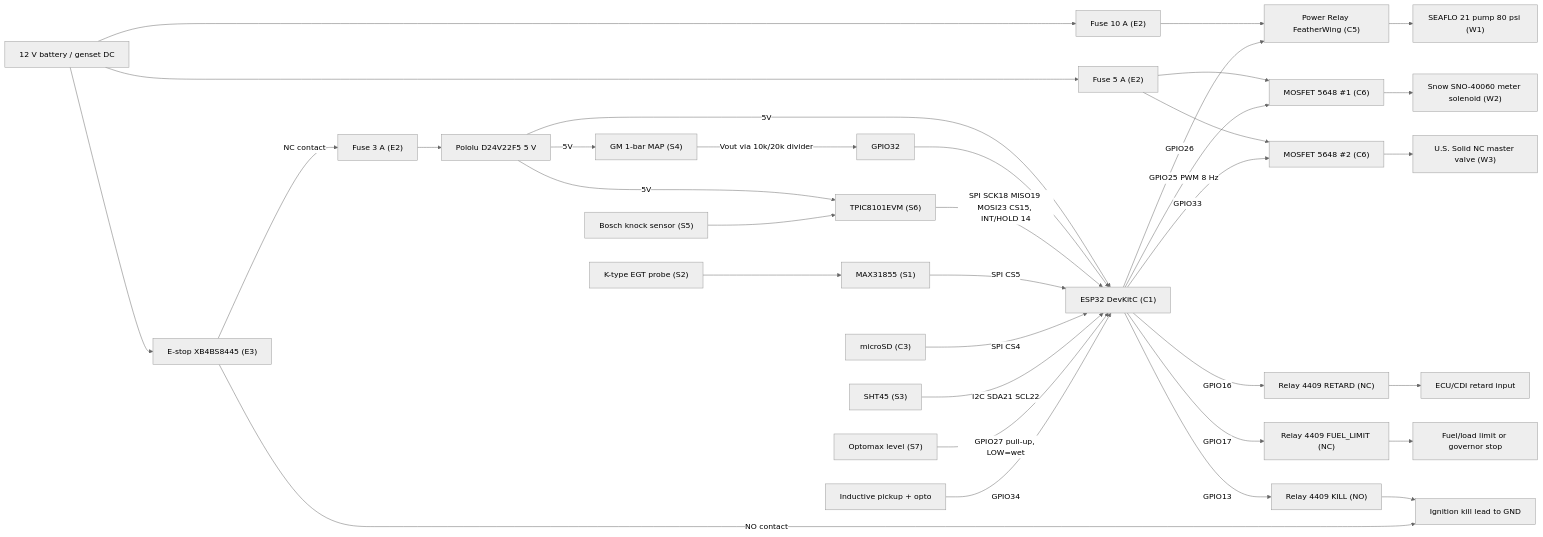
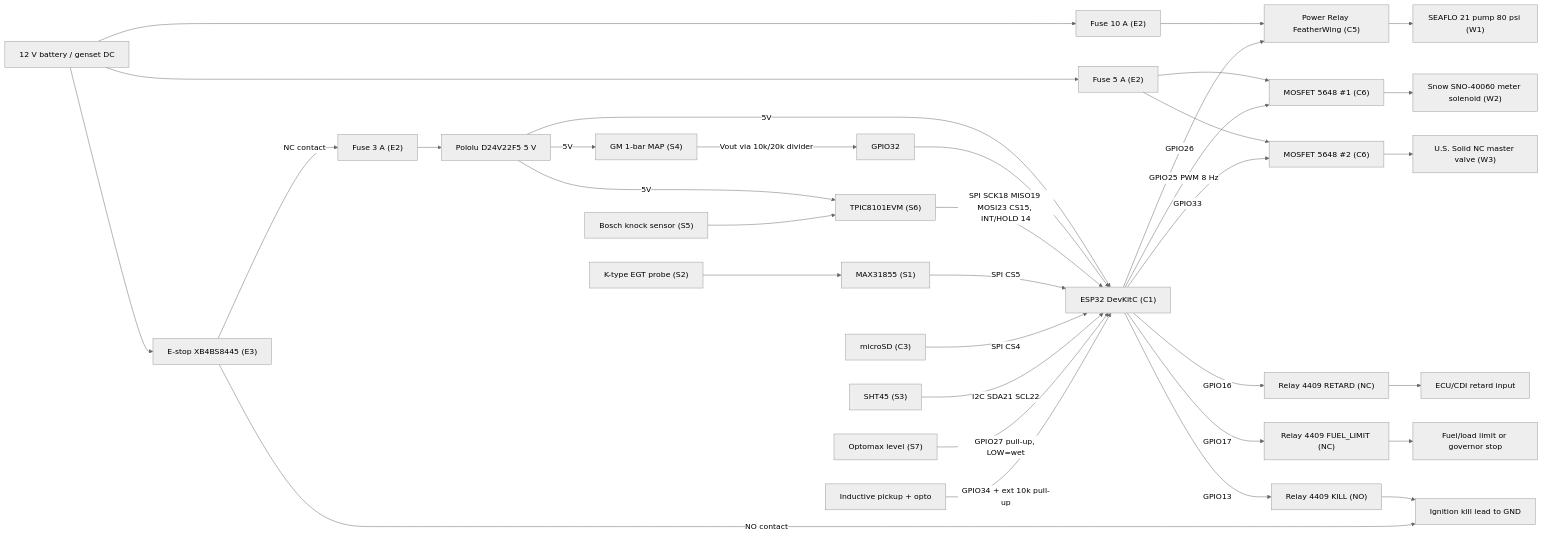
Before and after one commit to redwing509/water-engine: the diagram in hardware/bolt-on-kit/WIRING.md, drawn with Mermaid (neutral theme). The commit also changed other lines of this file and 3 other files, not shown here.

Commit message:
bolt-on-kit firmware: GPIO34 ext pull-up required, flow ISR only when FLOW_METER_FITTED, ISR-safe knock INT/HOLD write (Hermes second review H-1/H-2/H-4)

````diff
--- a/hardware/bolt-on-kit/WIRING.md
+++ b/hardware/bolt-on-kit/WIRING.md
@@ -3,25 +3,25 @@
 ```mermaid
 flowchart LR
   BAT["12 V battery / genset DC"] --> ES["E-stop XB4BS8445 (E3)"] -->|NC contact| F1["Fuse 3 A (E2)"] --> BUCK["Pololu D24V22F5 5 V"]
   BAT --> F2["Fuse 10 A (E2)"] --> PR["Power Relay FeatherWing (C5)"] --> PUMP["SEAFLO 21 pump 80 psi (W1)"]
   BAT --> F3["Fuse 5 A (E2)"] --> MOS1["MOSFET 5648 #1 (C6)"] --> SOL["Snow SNO-40060 meter solenoid (W2)"]
   F3 --> MOS2["MOSFET 5648 #2 (C6)"] --> NCV["U.S. Solid NC master valve (W3)"]
   BUCK -->|5V| ESP["ESP32 DevKitC (C1)"]
   BUCK -->|5V| MAP["GM 1-bar MAP (S4)"]
   BUCK -->|5V| TPIC["TPIC8101EVM (S6)"]
   ESP -->|GPIO26| PR
   ESP -->|GPIO25 PWM 8 Hz| MOS1
   ESP -->|GPIO33| MOS2
   ESP -->|GPIO16| R1["Relay 4409 RETARD (NC)"] --> ECU1["ECU/CDI retard input"]
   ESP -->|GPIO17| R2["Relay 4409 FUEL_LIMIT (NC)"] --> ECU2["Fuel/load limit or governor stop"]
   ESP -->|GPIO13| R3["Relay 4409 KILL (NO)"] --> KILL["Ignition kill lead to GND"]
   ES -->|NO contact| KILL
   MAP -->|"Vout via 10k/20k divider"| A32["GPIO32"] --> ESP
   KS["Bosch knock sensor (S5)"] --> TPIC
   TPIC -->|"SPI SCK18 MISO19 MOSI23 CS15, INT/HOLD 14"| ESP
   TC["K-type EGT probe (S2)"] --> MAX["MAX31855 (S1)"] -->|"SPI CS5"| ESP
   SD["microSD (C3)"] -->|"SPI CS4"| ESP
   SHT["SHT45 (S3)"] -->|"I2C SDA21 SCL22"| ESP
   LVL["Optomax level (S7)"] -->|"GPIO27 pull-up, LOW=wet"| ESP
-  IGN["Inductive pickup + opto"] -->|GPIO34| ESP
+  IGN["Inductive pickup + opto"] -->|"GPIO34 + ext 10k pull-up"| ESP
 ```
````
